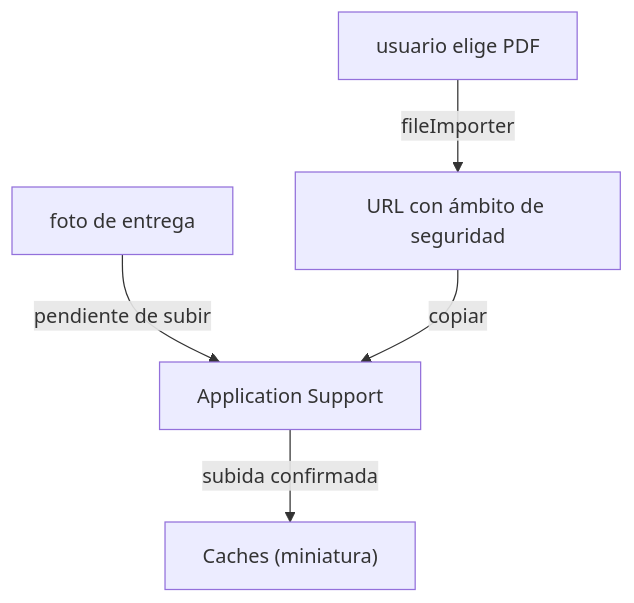
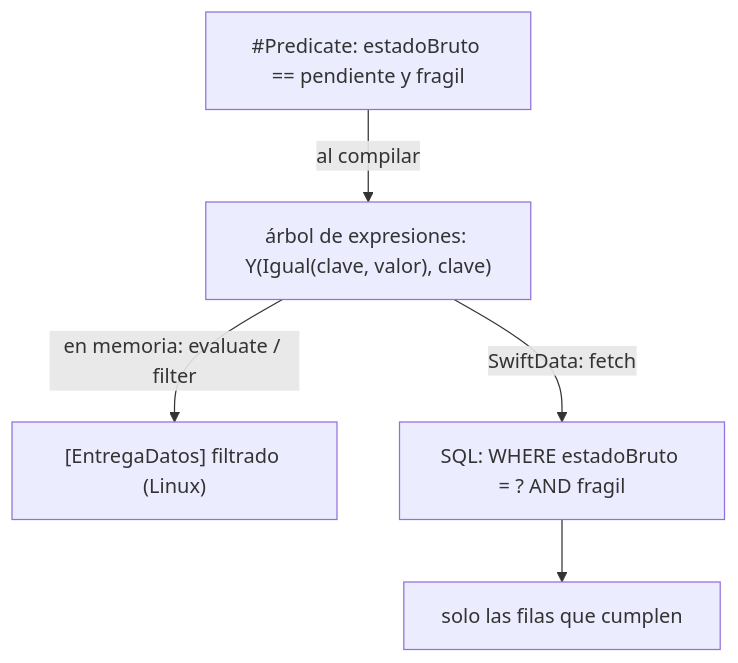
Before and after one commit to NICORUIZ93/The_Imperial_Book: the second of 4 diagrams in web/public/content/ios/modulo-6.md, drawn with Mermaid. The commit also changed other lines of this file and 88 other files, not shown here.

First line of the commit message:
iOS M1–M6, M8–M10, M14: formato único con código ejecutado en Linux y en el simulador de iOS 27.2

````diff
--- a/web/public/content/ios/modulo-6.md
+++ b/web/public/content/ios/modulo-6.md
@@ -252,7 +1023,7 @@
 ```mermaid
 flowchart TB
-    F["foto de entrega"] -->|"pendiente de subir"| AS["Application Support"]
-    AS -->|"subida confirmada"| C["Caches (miniatura)"]
-    U["usuario elige PDF"] -->|"fileImporter"| S["URL con ámbito de seguridad"]
-    S -->|"copiar"| AS
+    P["#Predicate: estadoBruto == pendiente y fragil"] -->|"al compilar"| A["árbol de expresiones: Y(Igual(clave, valor), clave)"]
+    A -->|"en memoria: evaluate / filter"| M["[EntregaDatos] filtrado (Linux)"]
+    A -->|"SwiftData: fetch"| S["SQL: WHERE estadoBruto = ? AND fragil"]
+    S --> R["solo las filas que cumplen"]
 ```
````
